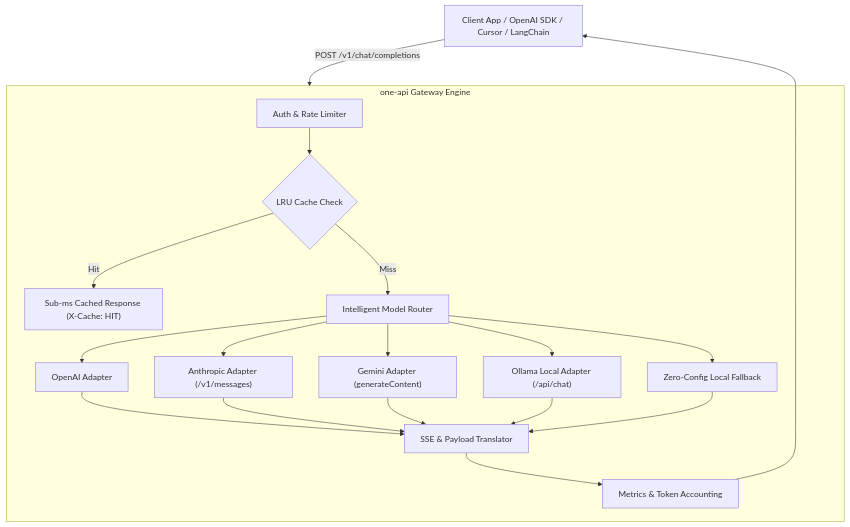
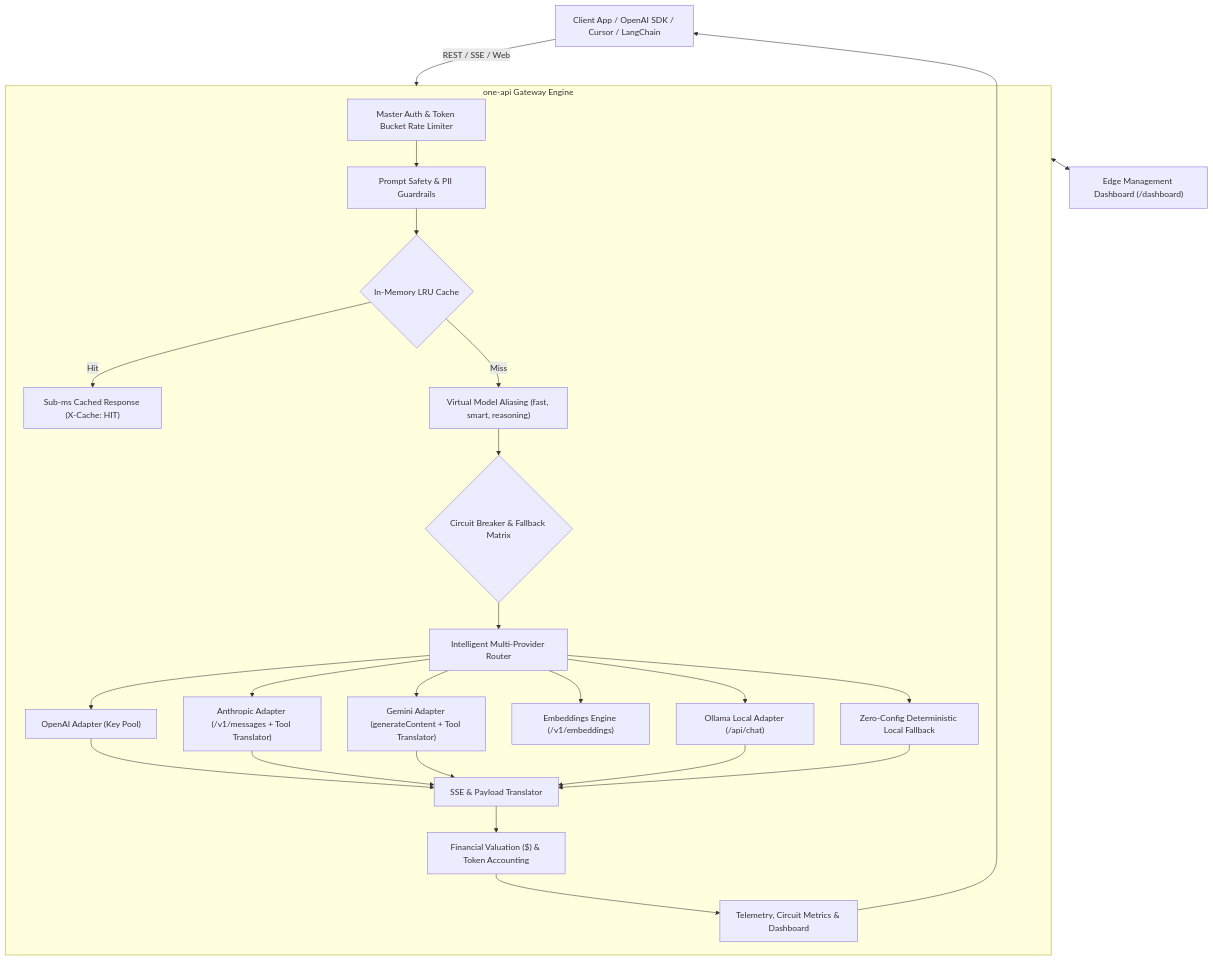
The diagram in README.md (shenald-dev/one-api), drawn with Mermaid before and after one commit. The commit also changed other lines of this file and 29 other files, not shown here.

Commit message:
feat: release v2.1.0 with tool calling translation, circuit breakers, embeddings, and edge dashboard

````diff
--- a/README.md
+++ b/README.md
@@ -83,26 +88,33 @@
 ```mermaid
 graph TD
-    Client["Client App / OpenAI SDK / Cursor / LangChain"] -->|POST /v1/chat/completions| Gateway["one-api Gateway"]
+    Client["Client App / OpenAI SDK / Cursor / LangChain"] -->|REST / SSE / Web| Gateway["one-api Gateway Engine"]
     
     subgraph Gateway ["one-api Gateway Engine"]
-        Auth["Auth & Rate Limiter"] --> Cache{"LRU Cache Check"}
+        Auth["Master Auth & Token Bucket Rate Limiter"] --> Guard["Prompt Safety & PII Guardrails"]
+        Guard --> Cache{"In-Memory LRU Cache"}
         Cache -->|Hit| FastReturn["Sub-ms Cached Response (X-Cache: HIT)"]
-        Cache -->|Miss| Router["Intelligent Model Router"]
+        Cache -->|Miss| Aliases["Virtual Model Aliasing (fast, smart, reasoning)"]
         
-        Router --> P_OpenAI["OpenAI Adapter"]
-        Router --> P_Anthropic["Anthropic Adapter (/v1/messages)"]
-        Router --> P_Gemini["Gemini Adapter (generateContent)"]
+        Aliases --> CB{"Circuit Breaker & Fallback Matrix"}
+        CB --> Router["Intelligent Multi-Provider Router"]
+        
+        Router --> P_OpenAI["OpenAI Adapter (Key Pool)"]
+        Router --> P_Anthropic["Anthropic Adapter (/v1/messages + Tool Translator)"]
+        Router --> P_Gemini["Gemini Adapter (generateContent + Tool Translator)"]
+        Router --> P_Embed["Embeddings Engine (/v1/embeddings)"]
         Router --> P_Ollama["Ollama Local Adapter (/api/chat)"]
-        Router --> P_Mock["Zero-Config Local Fallback"]
+        Router --> P_Mock["Zero-Config Deterministic Local Fallback"]
         
         P_OpenAI --> StreamTrans["SSE & Payload Translator"]
         P_Anthropic --> StreamTrans
         P_Gemini --> StreamTrans
         P_Ollama --> StreamTrans
         P_Mock --> StreamTrans
         
-        StreamTrans --> Telemetry["Metrics & Token Accounting"]
+        StreamTrans --> Cost["Financial Valuation ($) & Token Accounting"]
+        Cost --> Telemetry["Telemetry, Circuit Metrics & Dashboard"]
     end
     
     Telemetry --> Client
+    Gateway <--> Dashboard["Edge Management Dashboard (/dashboard)"]
 ```
````
